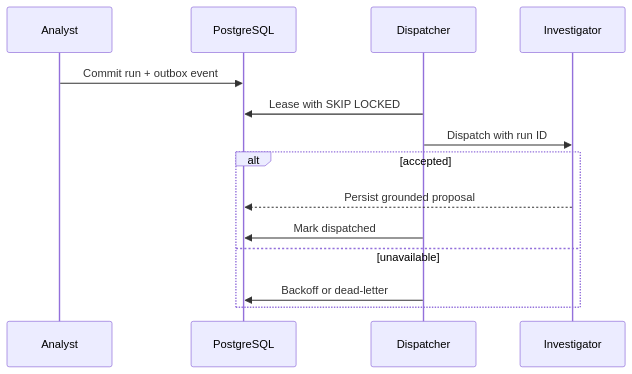
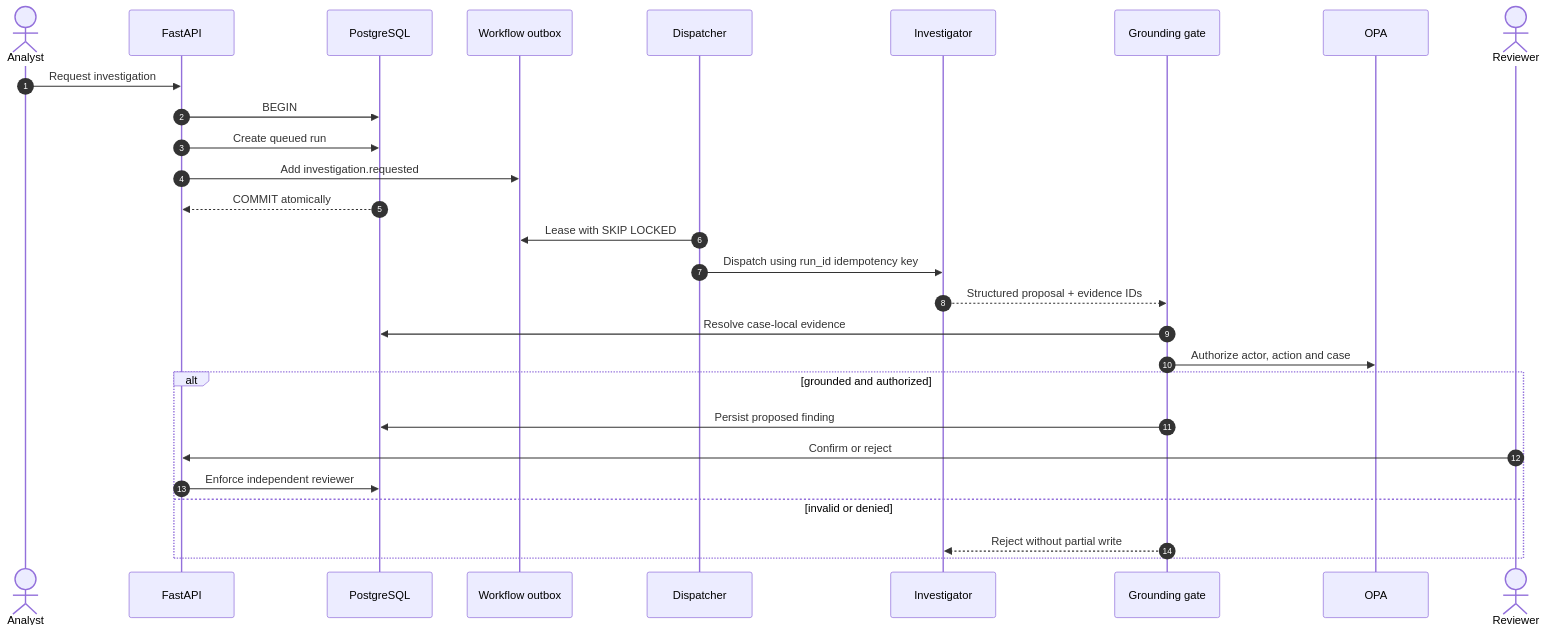
Before and after one commit to Runaway1457/evidencegraph-financial-crime: the diagram in README.md, drawn with Mermaid. The commit also changed other lines of this file and 9 other files, not shown here.

````diff
--- a/README.md
+++ b/README.md
@@ -113,16 +115,31 @@
 ```mermaid
 sequenceDiagram
-  participant A as Analyst
-  participant DB as PostgreSQL
-  participant D as Dispatcher
-  participant W as Investigator
-  A->>DB: Commit run + outbox event
-  D->>DB: Lease with SKIP LOCKED
-  D->>W: Dispatch with run ID
-  alt accepted
-    W-->>DB: Persist grounded proposal
-    D->>DB: Mark dispatched
-  else unavailable
-    D->>DB: Backoff or dead-letter
-  end
+    autonumber
+    actor Analyst
+    participant API as FastAPI
+    participant DB as PostgreSQL
+    participant O as Workflow outbox
+    participant D as Dispatcher
+    participant I as Investigator
+    participant G as Grounding gate
+    participant P as OPA
+    actor Reviewer
+
+    Analyst->>API: Request investigation
+    API->>DB: BEGIN
+    API->>DB: Create queued run
+    API->>O: Add investigation.requested
+    DB-->>API: COMMIT atomically
+    D->>O: Lease with SKIP LOCKED
+    D->>I: Dispatch using run_id idempotency key
+    I-->>G: Structured proposal + evidence IDs
+    G->>DB: Resolve case-local evidence
+    G->>P: Authorize actor, action and case
+    alt grounded and authorized
+        G->>DB: Persist proposed finding
+        Reviewer->>API: Confirm or reject
+        API->>DB: Enforce independent reviewer
+    else invalid or denied
+        G-->>I: Reject without partial write
+    end
 ```
````
